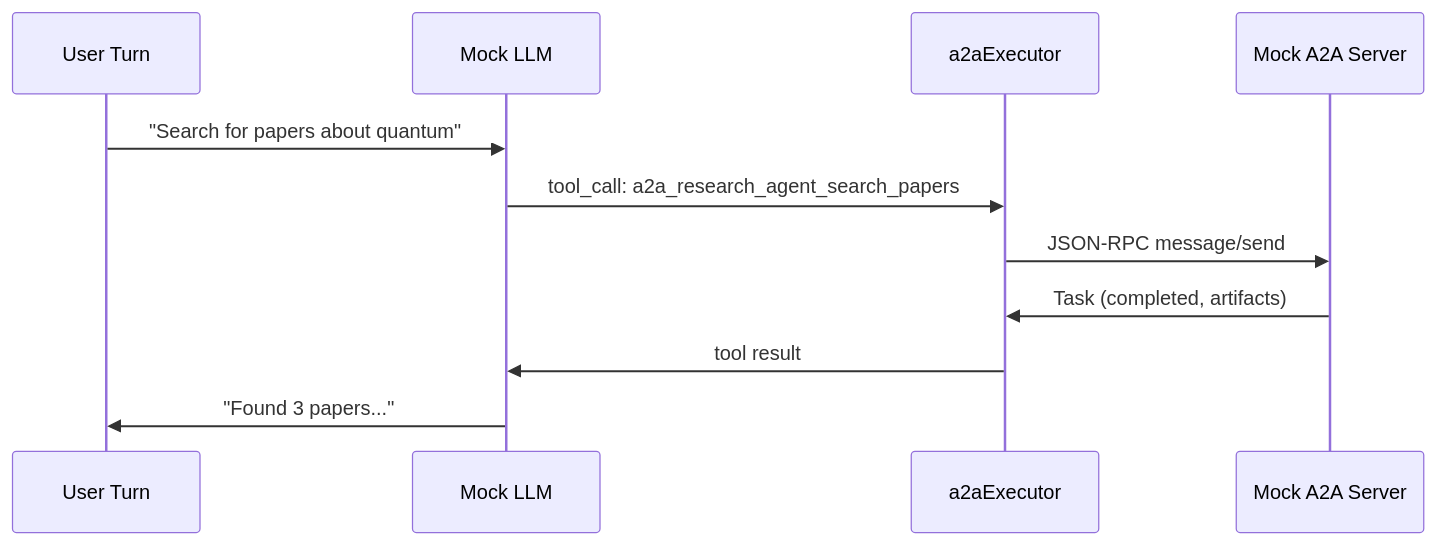
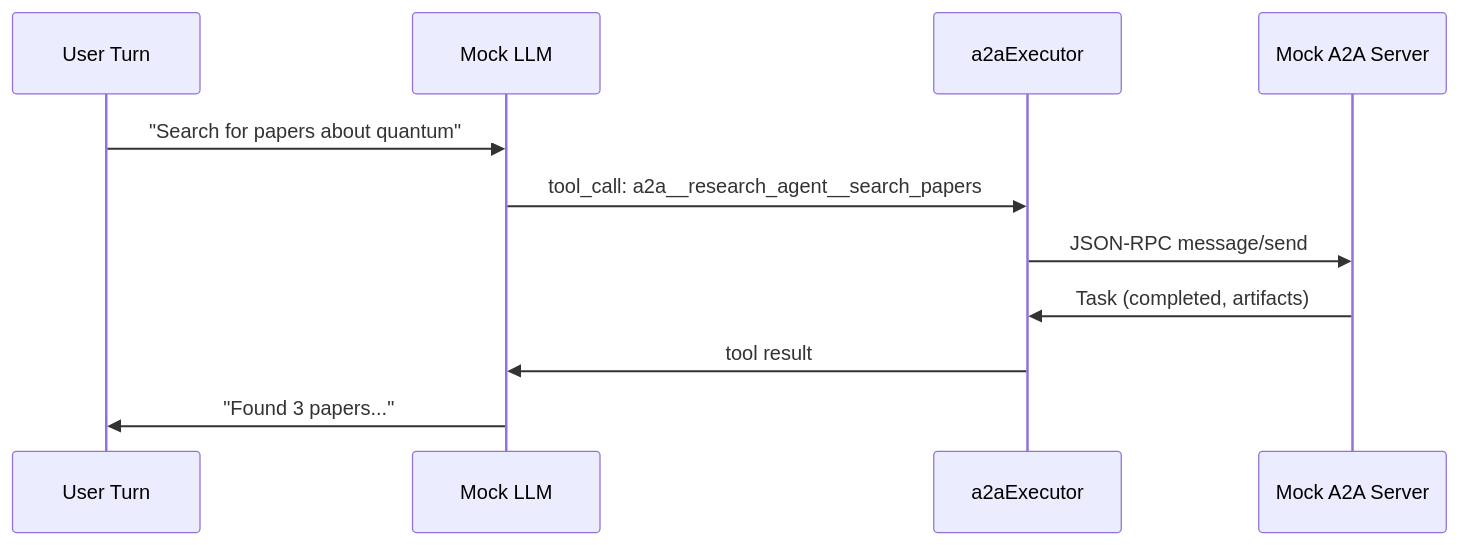
The diagram in docs/src/content/docs/arena/how-to/test-a2a-agents.md (AltairaLabs/PromptKit), drawn with Mermaid before and after one commit. The commit also changed other lines of this file and 3 other files, not shown here.

````diff
--- a/docs/src/content/docs/arena/how-to/test-a2a-agents.md
+++ b/docs/src/content/docs/arena/how-to/test-a2a-agents.md
@@ -14,14 +14,14 @@
 ```mermaid
 sequenceDiagram
     participant U as User Turn
     participant ML as Mock LLM
     participant E as a2aExecutor
     participant MS as Mock A2A Server
 
     U->>ML: "Search for papers about quantum"
-    ML->>E: tool_call: a2a_research_agent_search_papers
+    ML->>E: tool_call: a2a__research_agent__search_papers
     E->>MS: JSON-RPC message/send
     MS->>E: Task (completed, artifacts)
     E->>ML: tool result
     ML->>U: "Found 3 papers..."
 ```
````
